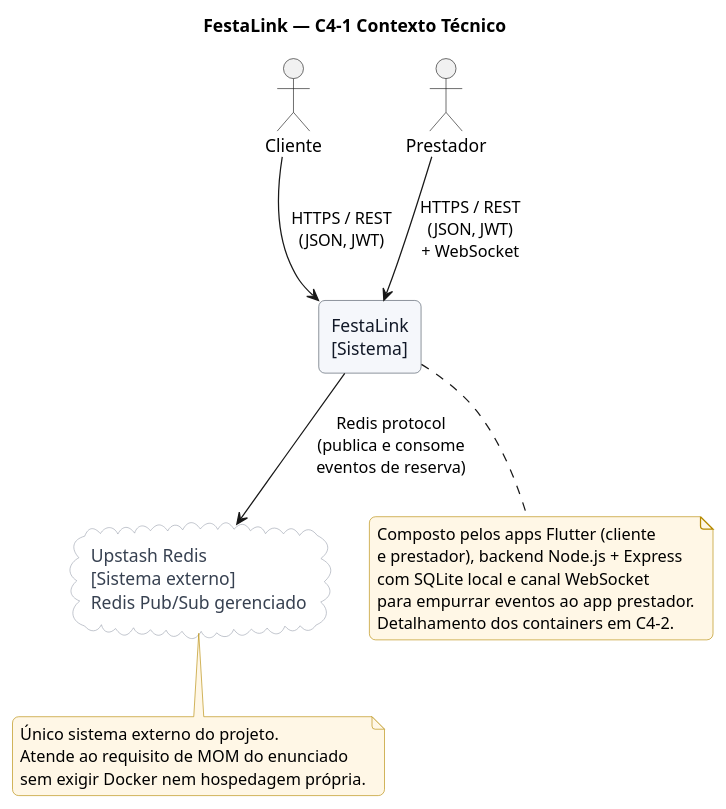
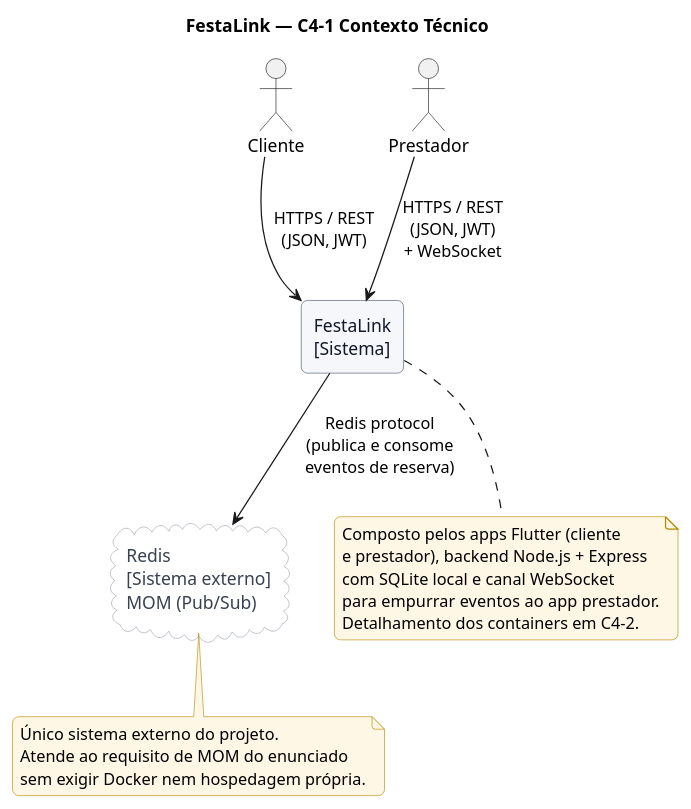
The diagram in docs/diagrams/06-c4-1-contexto-tecnico.puml (MiguelMagCastro/festalink_app), drawn with PlantUML before and after one commit. The commit also changed 8 other files, not shown here.

Commit message:
docs: ajusta referencias de redis (containerizado em vez de upstash)

```diff
--- a/docs/diagrams/06-c4-1-contexto-tecnico.puml
+++ b/docs/diagrams/06-c4-1-contexto-tecnico.puml
@@ -1,48 +1,48 @@
 @startuml
 title FestaLink — C4-1 Contexto Técnico
 
 skinparam backgroundColor #FFFFFF
 skinparam shadowing false
 skinparam roundCorner 10
 skinparam defaultFontName "Helvetica"
 skinparam rectangle {
   BackgroundColor #F5F7FB
   BorderColor #4B5563
   FontColor #111827
 }
 skinparam cloud {
   BackgroundColor #FFFFFF
   BorderColor #9CA3AF
   FontColor #374151
 }
 skinparam note {
   BackgroundColor #FFF7E6
   BorderColor #B58900
 }
 
 actor "Cliente" as cli
 actor "Prestador" as pres
 
 rectangle "FestaLink\n[Sistema]" as sys
 
-cloud "Upstash Redis\n[Sistema externo]\nRedis Pub/Sub gerenciado" as redis
+cloud "Redis\n[Sistema externo]\nMOM (Pub/Sub)" as redis
 
 cli --> sys : HTTPS / REST\n(JSON, JWT)
 pres --> sys : HTTPS / REST\n(JSON, JWT)\n+ WebSocket
 sys --> redis : Redis protocol\n(publica e consome\neventos de reserva)
 
 note bottom of sys
   Composto pelos apps Flutter (cliente
   e prestador), backend Node.js + Express
   com SQLite local e canal WebSocket
   para empurrar eventos ao app prestador.
   Detalhamento dos containers em C4-2.
 end note
 
 note bottom of redis
   Único sistema externo do projeto.
   Atende ao requisito de MOM do enunciado
   sem exigir Docker nem hospedagem própria.
 end note
 
 @enduml
```
